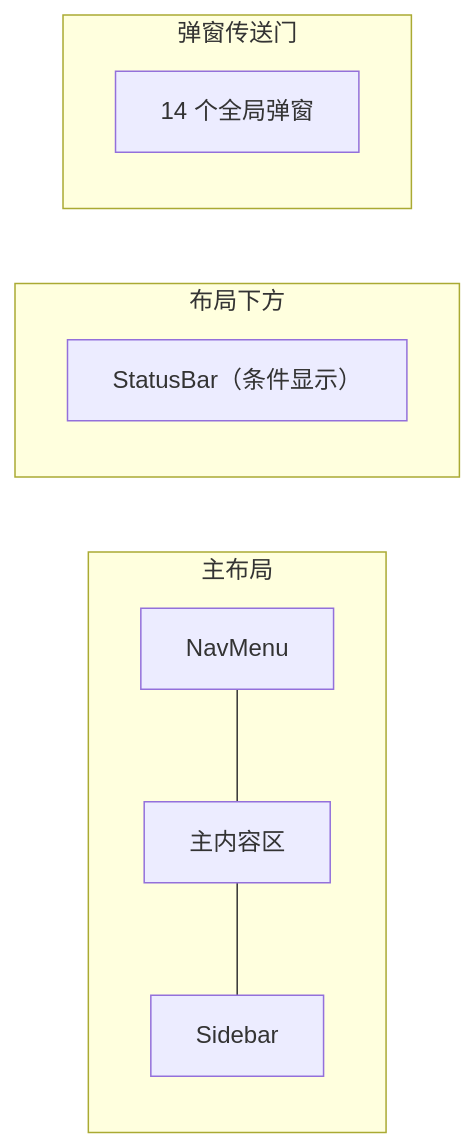
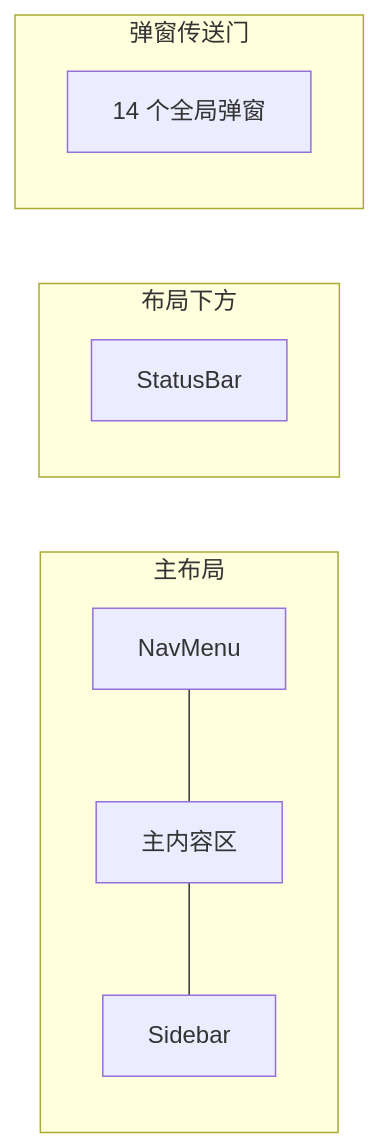
One commit to Map1en/vrcx-docs changed the second of 2 diagrams in zh/architecture/overview.md. Above: the diagram before and after it, drawn with Mermaid. The commit also changed 6 other files, not shown here.

````diff
--- a/zh/architecture/overview.md
+++ b/zh/architecture/overview.md
@@ -132,18 +132,18 @@
 ```mermaid
 graph LR
     subgraph MainLayout["主布局"]
         Nav["NavMenu"]
         Main["主内容区"]
         Side["Sidebar"]
     end
 
     Nav --- Main --- Side
 
     subgraph BelowLayout["布局下方"]
-        StatusBar["StatusBar（条件显示）"]
+        StatusBar["StatusBar"]
     end
 
     subgraph Portals["弹窗传送门"]
         Dialogs["14 个全局弹窗"]
     end
 ```
````
